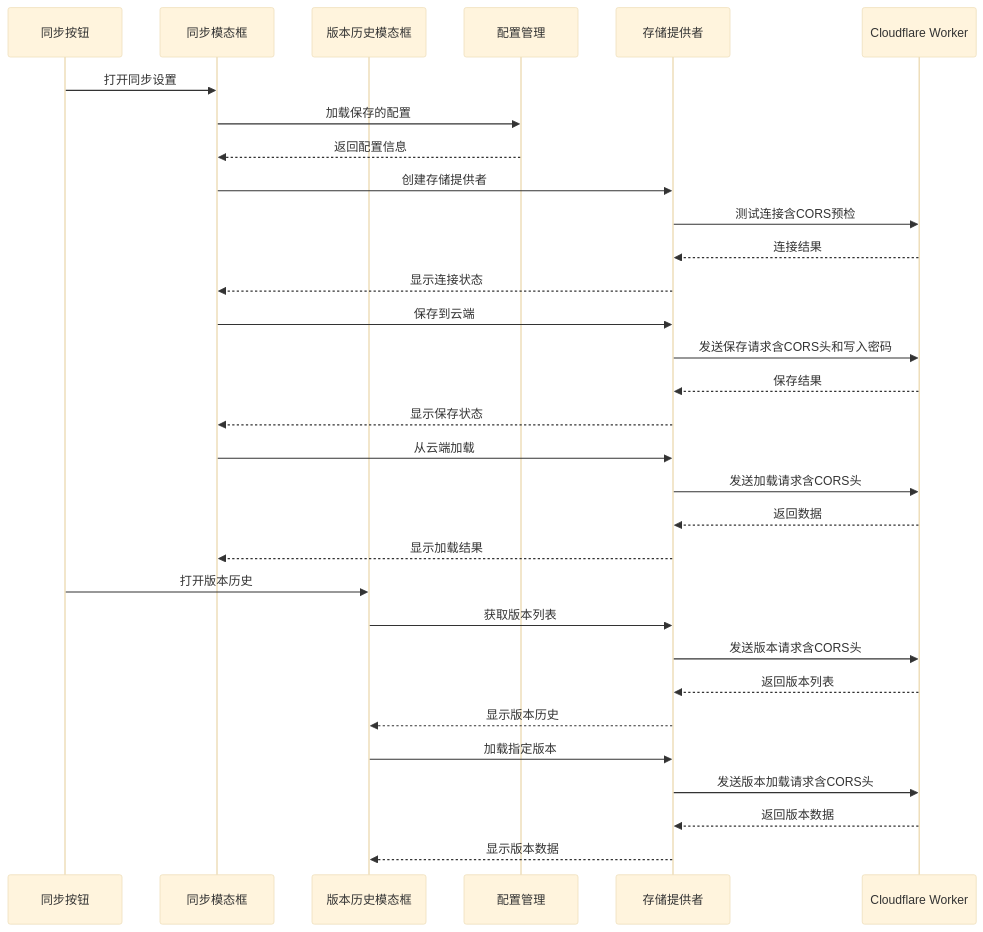
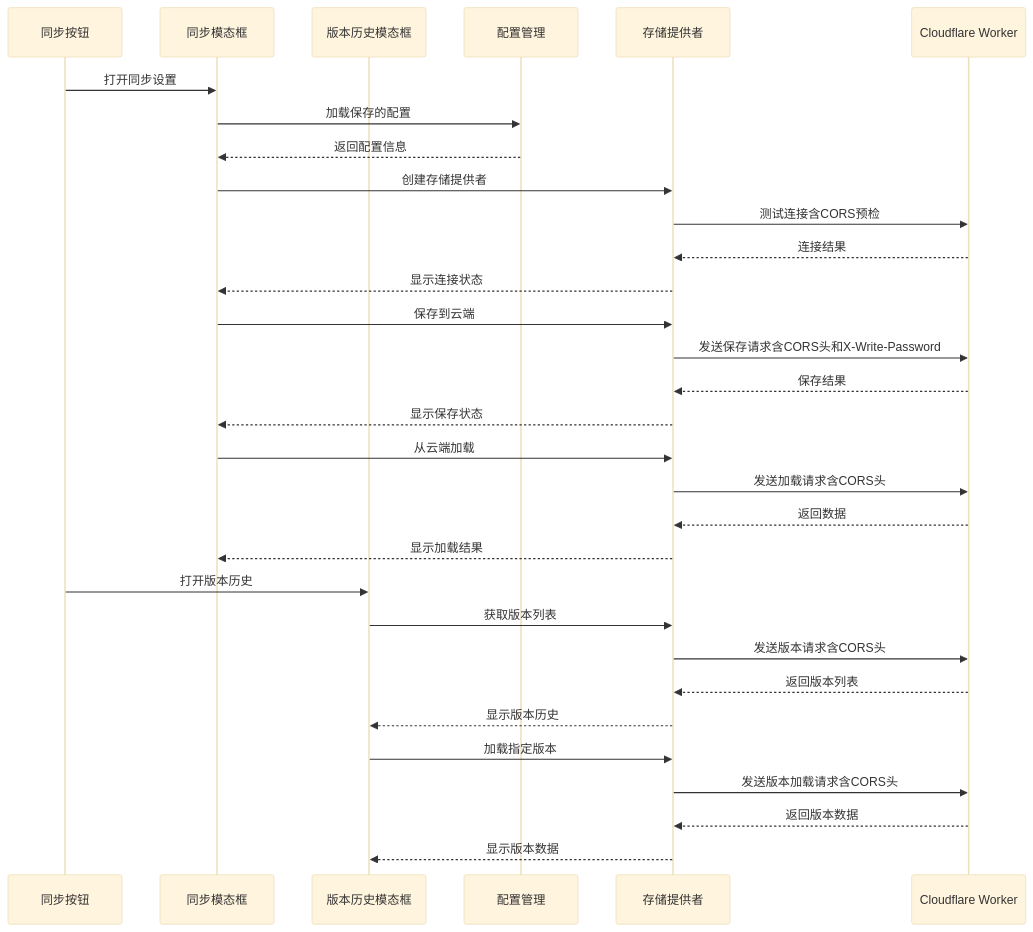
One commit to steveyu2/formula-mapper changed the sixth of 15 diagrams in .qoder/repowiki/zh/content/用户指南/数据管理/云存储系统.md. Above: the diagram before and after it, drawn with Mermaid (base theme). The commit also changed other lines of this file and 12 other files, not shown here.

````diff
--- a/.qoder/repowiki/zh/content/用户指南/数据管理/云存储系统.md
+++ b/.qoder/repowiki/zh/content/用户指南/数据管理/云存储系统.md
@@ -380,33 +411,33 @@
 ```mermaid
 sequenceDiagram
 participant Button as 同步按钮
 participant Modal as 同步模态框
 participant HistoryModal as 版本历史模态框
 participant Config as 配置管理
 participant Provider as 存储提供者
 participant Worker as Cloudflare Worker
 Button->>Modal : 打开同步设置
 Modal->>Config : 加载保存的配置
 Config-->>Modal : 返回配置信息
 Modal->>Provider : 创建存储提供者
 Provider->>Worker : 测试连接含CORS预检
 Worker-->>Provider : 连接结果
 Provider-->>Modal : 显示连接状态
 Modal->>Provider : 保存到云端
-Provider->>Worker : 发送保存请求含CORS头和写入密码
+Provider->>Worker : 发送保存请求含CORS头和X-Write-Password
 Worker-->>Provider : 保存结果
 Provider-->>Modal : 显示保存状态
 Modal->>Provider : 从云端加载
 Provider->>Worker : 发送加载请求含CORS头
 Worker-->>Provider : 返回数据
 Provider-->>Modal : 显示加载结果
 Button->>HistoryModal : 打开版本历史
 HistoryModal->>Provider : 获取版本列表
 Provider->>Worker : 发送版本请求含CORS头
 Worker-->>Provider : 返回版本列表
 Provider-->>HistoryModal : 显示版本历史
 HistoryModal->>Provider : 加载指定版本
 Provider->>Worker : 发送版本加载请求含CORS头
 Worker-->>Provider : 返回版本数据
 Provider-->>HistoryModal : 显示版本数据
 ```
````
